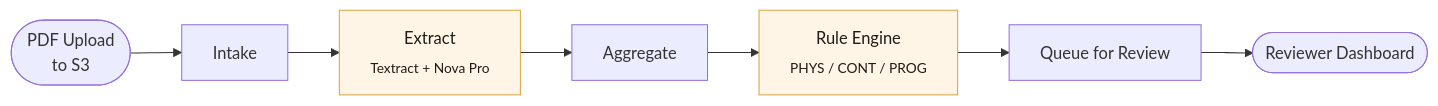
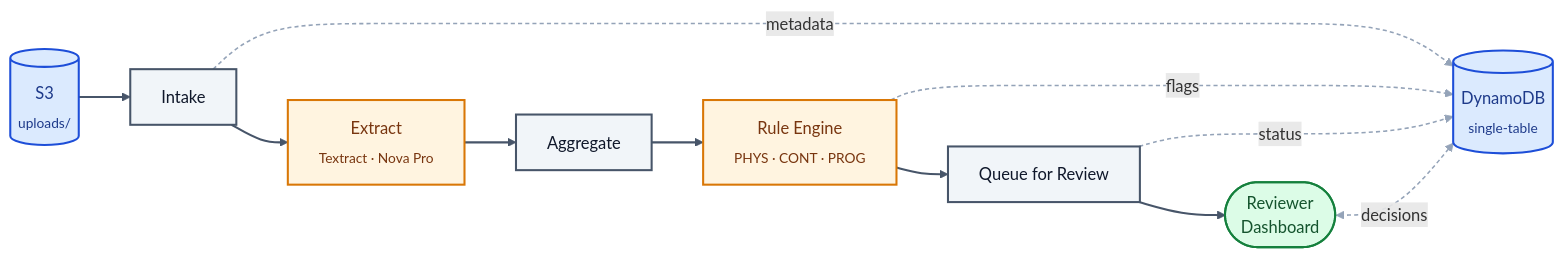
The diagram in README.md (SRVKNDL/msbn-transcript-verification), drawn with Mermaid before and after one commit. The commit also changed other lines of this file, not shown here.

Commit message:
Readme update

````diff
--- a/README.md
+++ b/README.md
@@ -34,15 +34,24 @@
 ```mermaid
 flowchart LR
-    A([PDF Upload<br/>to S3])
-    B[Intake]
-    C[Extract<br/><sub>Textract + Nova Pro</sub>]
-    D[Aggregate]
-    E[Rule Engine<br/><sub>PHYS / CONT / PROG</sub>]
-    F[Queue for Review]
-    G([Reviewer Dashboard])
+    S3[("S3<br/><sub>uploads/</sub>")]:::storage
+    I["Intake"]:::svc
+    E["Extract<br/><sub>Textract · Nova Pro</sub>"]:::ai
+    A["Aggregate"]:::svc
+    R["Rule Engine<br/><sub>PHYS · CONT · PROG</sub>"]:::ai
+    Q["Queue for Review"]:::svc
+    UI(["Reviewer<br/>Dashboard"]):::ui
+    DB[("DynamoDB<br/><sub>single-table</sub>")]:::storage
 
-    A --> B --> C --> D --> E --> F --> G
+    S3 ==> I ==> E ==> A ==> R ==> Q ==> UI
+    I -.->|metadata| DB
+    R -.->|flags| DB
+    Q -.->|status| DB
+    UI <-.->|decisions| DB
 
-    classDef ai fill:#fff5e6,stroke:#d9a441,color:#1f1b16;
-    class C,E ai;
+    classDef ai fill:#fff4e0,stroke:#d97706,color:#78350f,stroke-width:2px;
+    classDef storage fill:#dbeafe,stroke:#1d4ed8,color:#1e3a8a,stroke-width:2px;
+    classDef svc fill:#f1f5f9,stroke:#475569,color:#0f172a,stroke-width:2px;
+    classDef ui fill:#dcfce7,stroke:#15803d,color:#14532d,stroke-width:2px;
+    linkStyle 0,1,2,3,4,5 stroke:#475569,stroke-width:2px;
+    linkStyle 6,7,8,9 stroke:#94a3b8,stroke-width:1.5px,stroke-dasharray:4 3;
 ```
````
